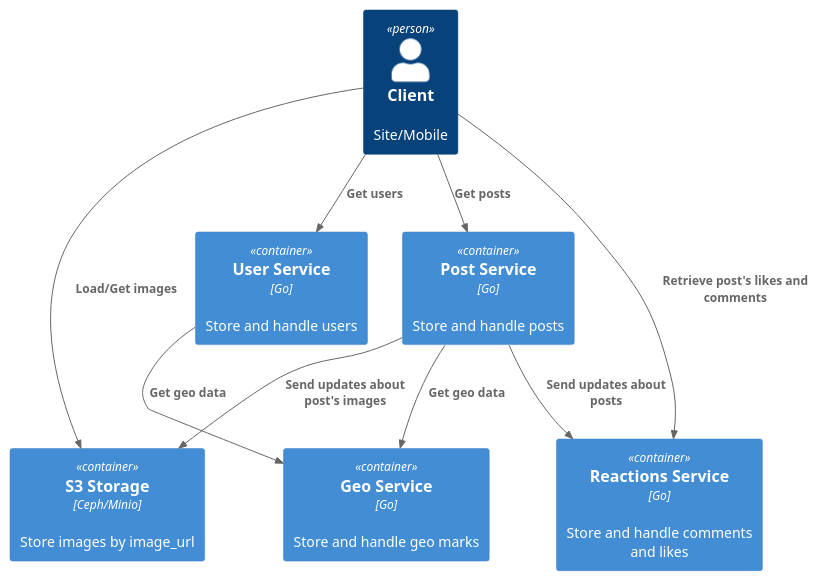
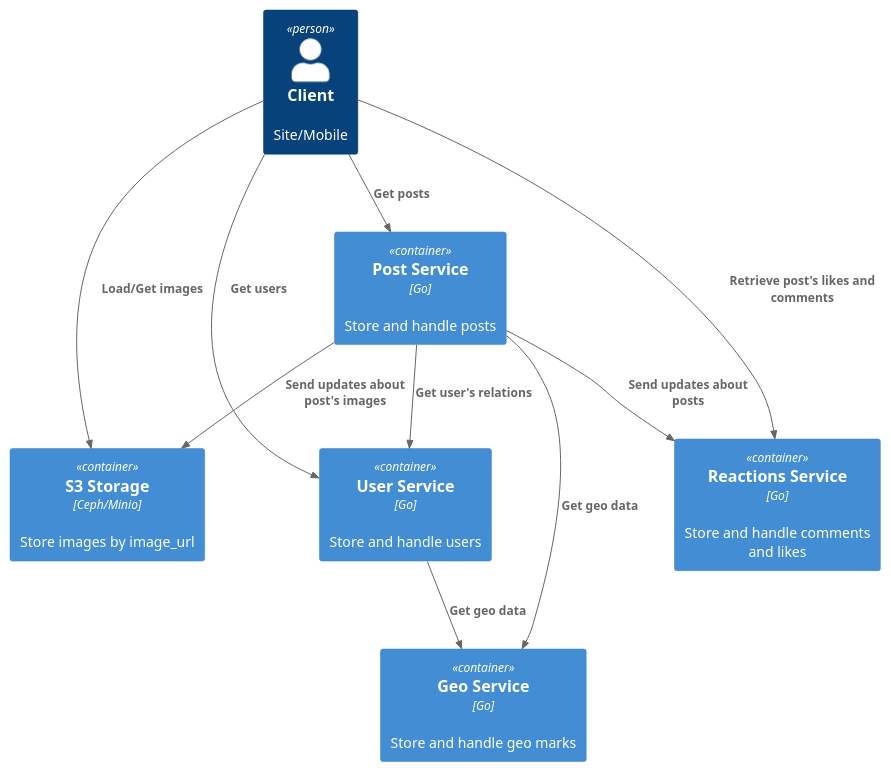
Before and after one commit to zkryaev/social_network_system_design: the diagram in architecture/context.puml, drawn with PlantUML. The commit also changed 11 other files, not shown here.

Commit message:
remove copypasta and add user-post link

```diff
--- a/architecture/context.puml
+++ b/architecture/context.puml
@@ -1,20 +1,21 @@
 @startuml System_Context
 !include https://raw.githubusercontent.com/plantuml-stdlib/C4-PlantUML/master/C4_Container.puml
 
 Person(client, "Client", "Site/Mobile")
 Container(media, "S3 Storage", "Ceph/Minio", "Store images by image_url")
 Container(postService, "Post Service", "Go", "Store and handle posts")
 Container(userService, "User Service", "Go", "Store and handle users")
 Container(reactions, "Reactions Service", "Go", "Store and handle comments and likes")
 Container(geoService, "Geo Service", "Go", "Store and handle geo marks")
 
 Rel(client, media, "Load/Get images")
 Rel(client, postService, "Get posts")
 Rel(client, userService, "Get users")
 Rel(client, reactions, "Retrieve post's likes and comments")
 Rel(postService, geoService, "Get geo data")
 Rel(userService, geoService, "Get geo data")
 Rel(postService, reactions, "Send updates about posts")
 Rel(postService, media, "Send updates about post's images")
+Rel(postService, userService, "Get user's relations")
 
 @enduml
```
